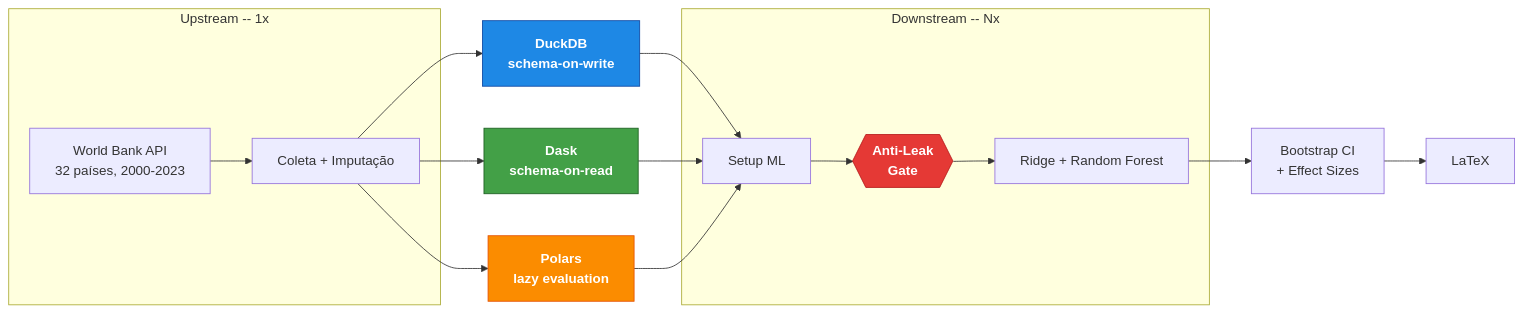
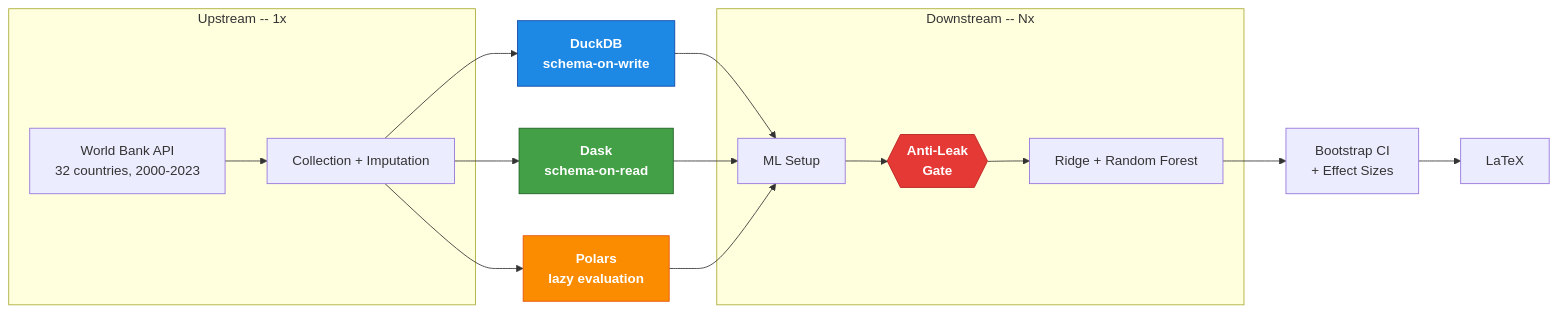
Before and after one commit to DATA-UFMS/rampart-framework: the diagram in README.md, drawn with Mermaid. The commit also changed other lines of this file and 3 other files, not shown here.

````diff
--- a/README.md
+++ b/README.md
@@ -70,26 +70,26 @@
 ```mermaid
 flowchart LR
     subgraph U["Upstream -- 1x"]
-        A["World Bank API\n32 países, 2000-2023"] --> B["Coleta + Imputação"]
+        A["World Bank API\n32 countries, 2000-2023"] --> B["Collection + Imputation"]
     end
 
     B --> DW & DL & PL
 
     DW["DuckDB\nschema-on-write"]:::dw
     DL["Dask\nschema-on-read"]:::dl
     PL["Polars\nlazy evaluation"]:::pl
 
     DW & DL & PL --> S
 
     subgraph D["Downstream -- Nx"]
-        S["Setup ML"] --> G{{"Anti-Leak\nGate"}}:::gate
+        S["ML Setup"] --> G{{"Anti-Leak\nGate"}}:::gate
         G --> M["Ridge + Random Forest"]
     end
 
     M --> V["Bootstrap CI\n+ Effect Sizes"] --> T["LaTeX"]
 
     classDef dw fill:#1e88e5,stroke:#0d47a1,color:#fff,font-weight:bold
     classDef dl fill:#43a047,stroke:#1b5e20,color:#fff,font-weight:bold
     classDef pl fill:#fb8c00,stroke:#e65100,color:#fff,font-weight:bold
     classDef gate fill:#e53935,stroke:#b71c1c,color:#fff,font-weight:bold
 ```
````
